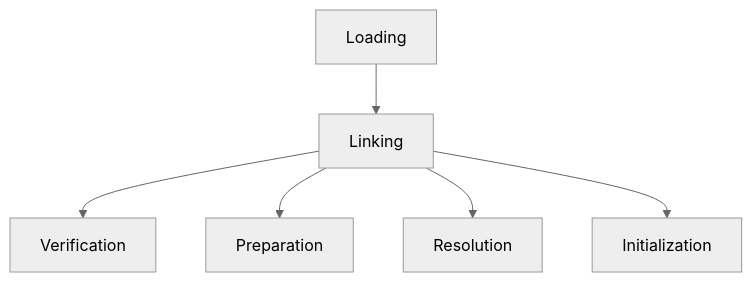
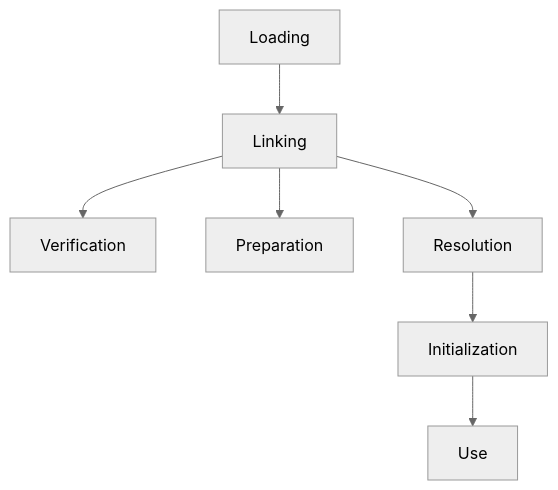
The second of 2 diagrams in jvm-internals-and-class-loading/README.md (VrushankPatel/interview-matters), drawn with Mermaid (neutral theme) before and after one commit. The commit also changed other lines of this file and 5 other files, not shown here.

````diff
--- a/jvm-internals-and-class-loading/README.md
+++ b/jvm-internals-and-class-loading/README.md
@@ -23,8 +68,9 @@
 ```mermaid
 graph TD
     A[Loading] --> B[Linking]
     B --> C[Verification]
     B --> D[Preparation]
     B --> E[Resolution]
-    B --> F[Initialization]
+    F[Initialization] --> G[Use]
+    E --> F
 ```
````
